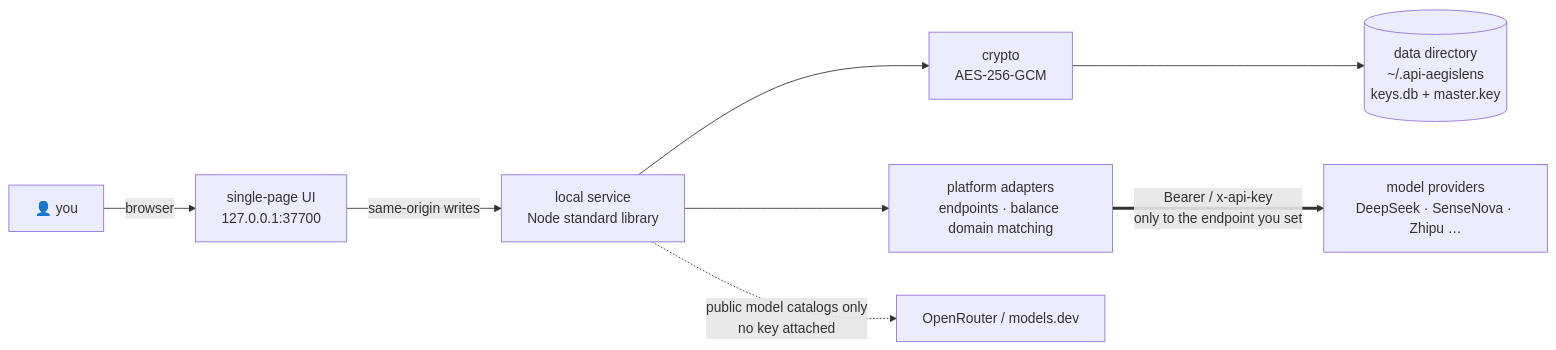
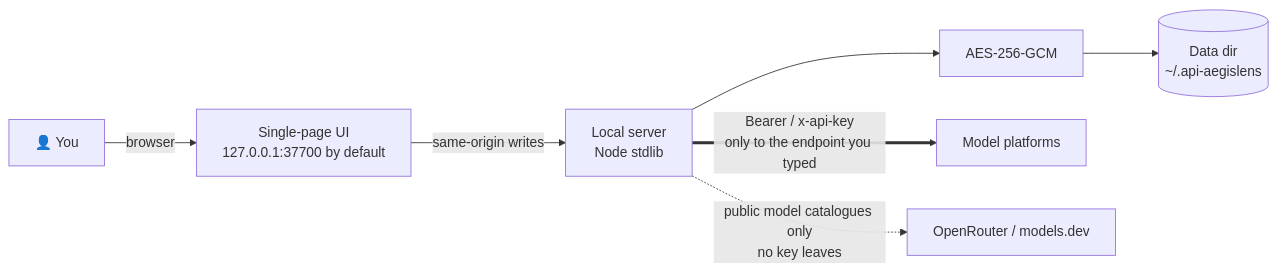
One commit to YYY-HUB-SYS/API-AegisLens changed the diagram in README_EN.md. Above: the diagram before and after it, drawn with Mermaid. The commit also changed other lines of this file and 8 other files, not shown here.

````diff
--- a/README_EN.md
+++ b/README_EN.md
@@ -172,10 +121,8 @@
 ```mermaid
 flowchart LR
-  U["👤 you"] -->|browser| B["single-page UI<br/>127.0.0.1:37700"]
-  B -->|"same-origin writes"| S["local service<br/>Node standard library"]
-  S --> C["crypto<br/>AES-256-GCM"]
-  C --> D[("data directory<br/>~/.api-aegislens<br/>keys.db + master.key")]
-  S --> A["platform adapters<br/>endpoints · balance domain matching"]
-  A ==>|"Bearer / x-api-key<br/>only to the endpoint you set"| P["model providers<br/>DeepSeek · SenseNova · Zhipu …"]
-  S -.->|"public model catalogs only<br/>no key attached"| E["OpenRouter / models.dev"]
+  U["👤 You"] -->|browser| B["Single-page UI<br/>127.0.0.1:37700 by default"]
+  B -->|same-origin writes| S["Local server<br/>Node stdlib"]
+  S --> C["AES-256-GCM"] --> D[("Data dir<br/>~/.api-aegislens")]
+  S ==>|"Bearer / x-api-key<br/>only to the endpoint you typed"| P["Model platforms"]
+  S -.->|public model catalogues only<br/>no key leaves| E["OpenRouter / models.dev"]
 ```
````
